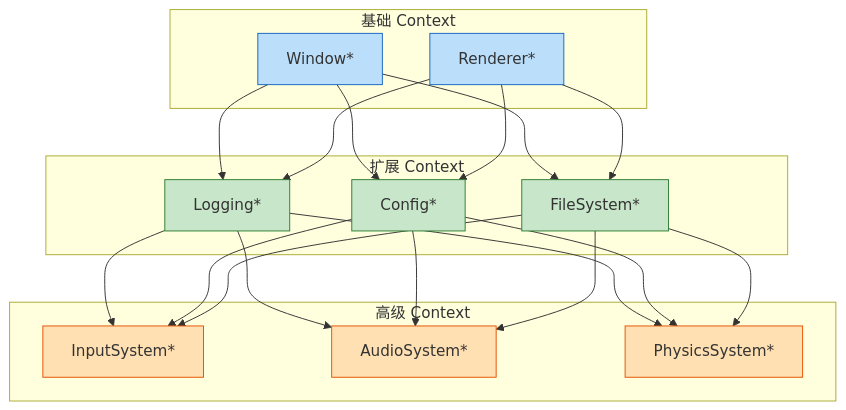
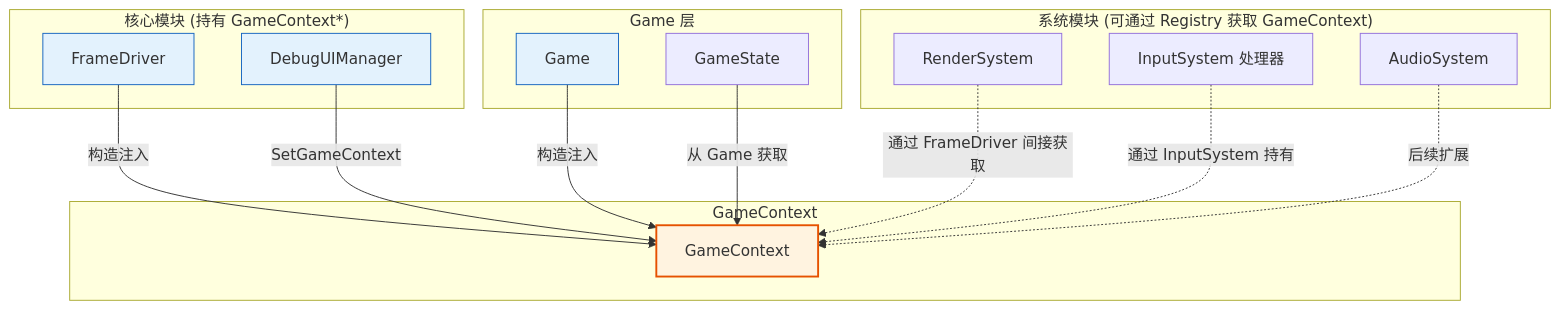
The fifth of 6 diagrams in src/posts/DX12Engine/Bootstrap/Context.md (Gunxzq/blog), drawn with Mermaid before and after one commit. The commit also changed other lines of this file and 13 other files, not shown here.

````diff
--- a/src/posts/DX12Engine/Bootstrap/Context.md
+++ b/src/posts/DX12Engine/Bootstrap/Context.md
@@ -273,31 +320,35 @@
 ```mermaid
 graph TB
-    subgraph "基础 Context"
-        C1["Window*"]
-        C2["Renderer*"]
+    subgraph "核心模块 (持有 GameContext*)"
+        FD[FrameDriver]
+        DUI[DebugUIManager]
     end
 
-    subgraph "扩展 Context"
-        C3["Logging*"]
-        C4["Config*"]
-        C5["FileSystem*"]
+    subgraph "系统模块 (可通过 Registry 获取 GameContext)"
+        RS[RenderSystem]
+        IS[InputSystem 处理器]
+        AS[AudioSystem]
     end
 
-    subgraph "高级 Context"
-        C6["InputSystem*"]
-        C7["AudioSystem*"]
-        C8["PhysicsSystem*"]
+    subgraph "Game 层"
+        GAME[Game]
+        GS[GameState]
     end
 
-    C1 & C2 --> C3 & C4 & C5
-    C3 & C4 & C5 --> C6 & C7 & C8
+    subgraph "GameContext"
+        CTX[GameContext]
+    end
 
-    style C1 fill:#bbdefb,stroke:#1565c0
-    style C2 fill:#bbdefb,stroke:#1565c0
-    style C3 fill:#c8e6c9,stroke:#2e7d32
-    style C4 fill:#c8e6c9,stroke:#2e7d32
-    style C5 fill:#c8e6c9,stroke:#2e7d32
-    style C6 fill:#ffe0b2,stroke:#e65100
-    style C7 fill:#ffe0b2,stroke:#e65100
-    style C8 fill:#ffe0b2,stroke:#e65100
+    FD -->|构造注入| CTX
+    DUI -->|SetGameContext| CTX
+    GAME -->|构造注入| CTX
+    GS -->|从 Game 获取| CTX
+    RS -.->|通过 FrameDriver 间接获取| CTX
+    IS -.->|通过 InputSystem 持有| CTX
+    AS -.->|后续扩展| CTX
+
+    style CTX fill:#fff3e0,stroke:#e65100,stroke-width:2px
+    style FD fill:#e3f2fd,stroke:#1565c0
+    style DUI fill:#e3f2fd,stroke:#1565c0
+    style GAME fill:#e3f2fd,stroke:#1565c0
 ```
````
